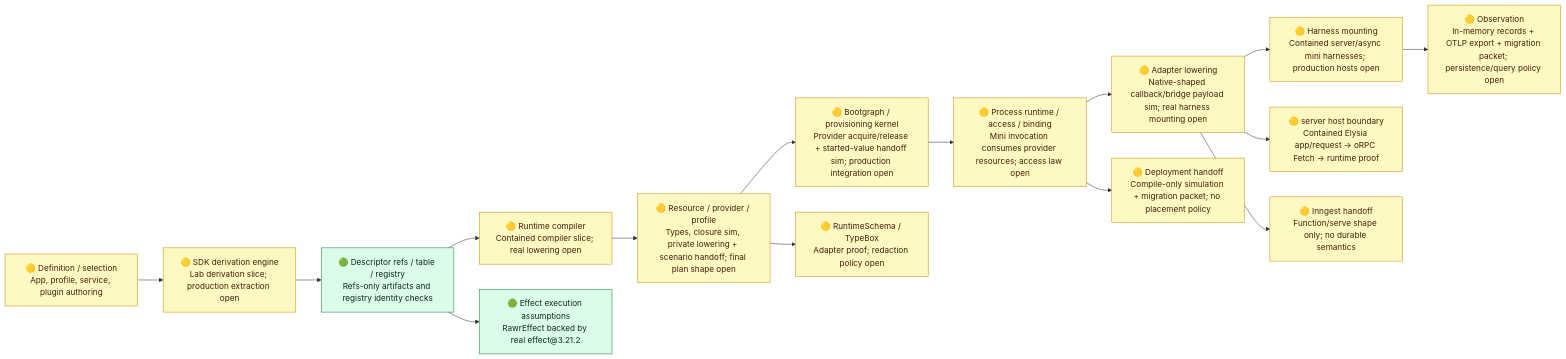
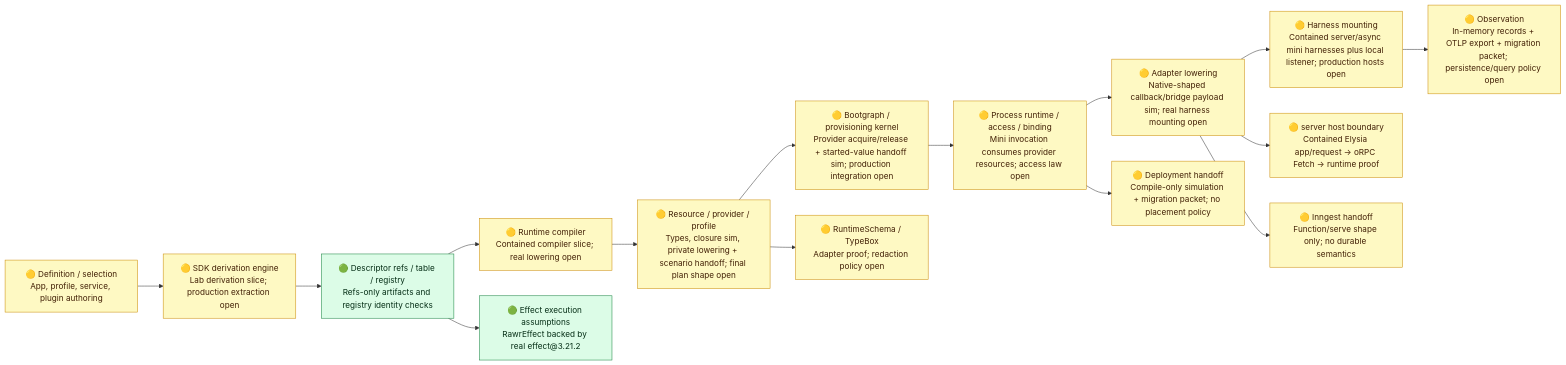
Before and after one commit to rawr-ai/rawr-hq-template: the diagram in tools/runtime-realization-type-env/evidence/runtime-spine-verification-diagnostic.md, drawn with Mermaid. The commit also changed other lines of this file and 12 other files, not shown here.

````diff
--- a/tools/runtime-realization-type-env/evidence/runtime-spine-verification-diagnostic.md
+++ b/tools/runtime-realization-type-env/evidence/runtime-spine-verification-diagnostic.md
@@ -19,25 +19,25 @@
 ```mermaid
 flowchart LR
   A["🟡 Definition / selection<br/>App, profile, service, plugin authoring"] --> B["🟡 SDK derivation engine<br/>Lab derivation slice; production extraction open"]
   B --> C["🟢 Descriptor refs / table / registry<br/>Refs-only artifacts and registry identity checks"]
   C --> D["🟡 Runtime compiler<br/>Contained compiler slice; real lowering open"]
   D --> E["🟡 Resource / provider / profile<br/>Types, closure sim, private lowering + scenario handoff; final plan shape open"]
   E --> F["🟡 Bootgraph / provisioning kernel<br/>Provider acquire/release + started-value handoff sim; production integration open"]
   F --> G["🟡 Process runtime / access / binding<br/>Mini invocation consumes provider resources; access law open"]
   G --> H["🟡 Adapter lowering<br/>Native-shaped callback/bridge payload sim; real harness mounting open"]
-  H --> I["🟡 Harness mounting<br/>Contained server/async mini harnesses; production hosts open"]
+  H --> I["🟡 Harness mounting<br/>Contained server/async mini harnesses plus local listener; production hosts open"]
   I --> J["🟡 Observation<br/>In-memory records + OTLP export + migration packet; persistence/query policy open"]
 
   C --> K["🟢 Effect execution assumptions<br/>RawrEffect backed by real effect@3.21.2"]
   E --> L["🟡 RuntimeSchema / TypeBox<br/>Adapter proof; redaction policy open"]
   H --> M["🟡 server host boundary<br/>Contained Elysia app/request -> oRPC Fetch -> runtime proof"]
   H --> N["🟡 Inngest handoff<br/>Function/serve shape only; no durable semantics"]
   G --> O["🟡 Deployment handoff<br/>Compile-only simulation + migration packet; no placement policy"]
 
   classDef green fill:#dcfce7,stroke:#15803d,color:#052e16;
   classDef yellow fill:#fef9c3,stroke:#ca8a04,color:#422006;
   classDef red fill:#fee2e2,stroke:#b91c1c,color:#450a0a;
   class C,K green;
   class A,B,D,E,F,G,H,J,L,M,N,O yellow;
   class I yellow;
 ```
````
